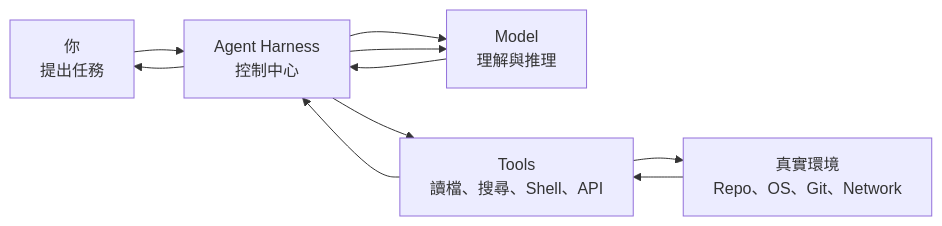
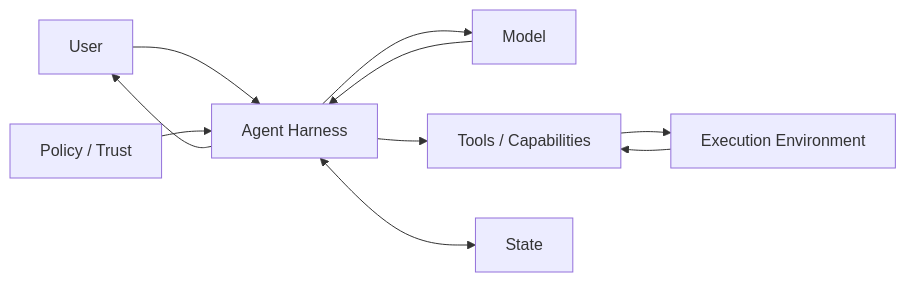
Before and after one commit to indigofeather/harness-book: the first of 3 diagrams in docs/intro.md, drawn with Mermaid. The commit also changed other lines of this file and 48 other files, not shown here.

````diff
--- a/docs/intro.md
+++ b/docs/intro.md
@@ -22,12 +16,12 @@
 ```mermaid
 flowchart LR
-  U[你\n提出任務] --> H[Agent Harness\n控制中心]
-  H --> M[Model\n理解與推理]
+  U[User] --> H[Agent Harness]
+  H --> M[Model]
   M --> H
-  H --> T[Tools\n讀檔、搜尋、Shell、API]
-  T --> W[真實環境\nRepo、OS、Git、Network]
-  W --> T
-  T --> H
-  H --> M
+  H --> T[Tools / Capabilities]
+  T --> E[Execution Environment]
+  E --> T
+  H <--> S[State]
+  P[Policy / Trust] --> H
   H --> U
 ```
````
